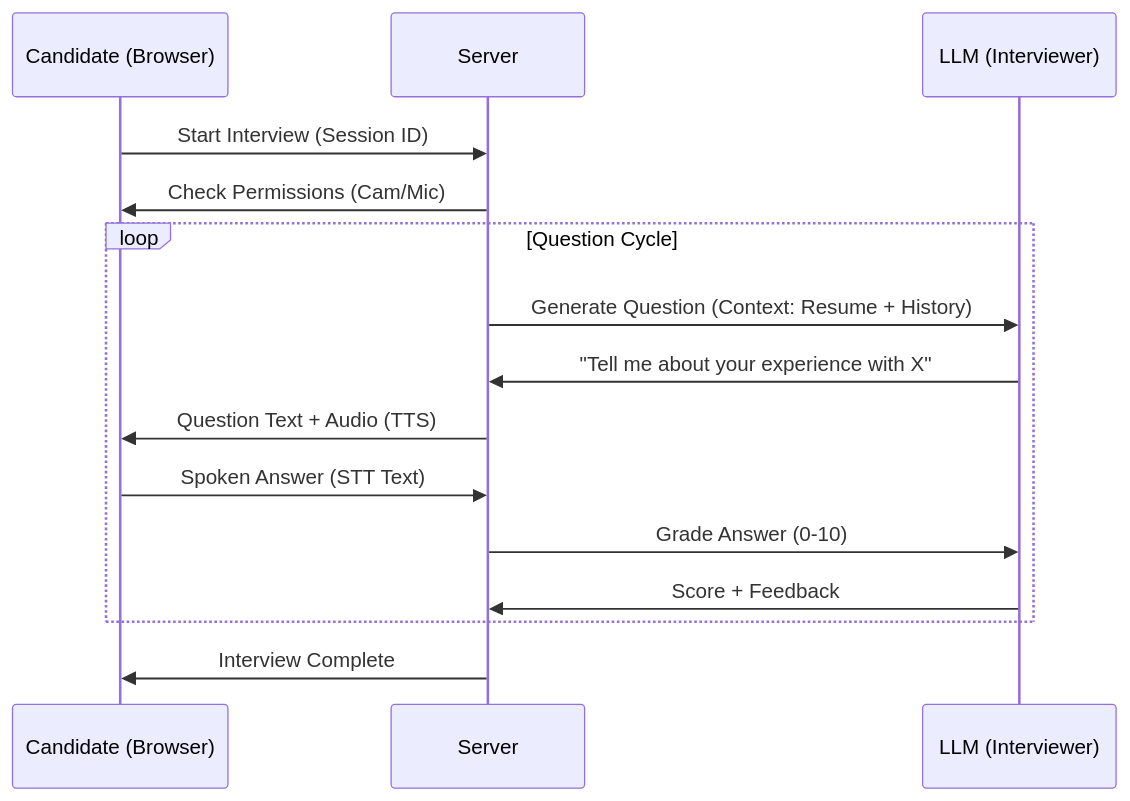
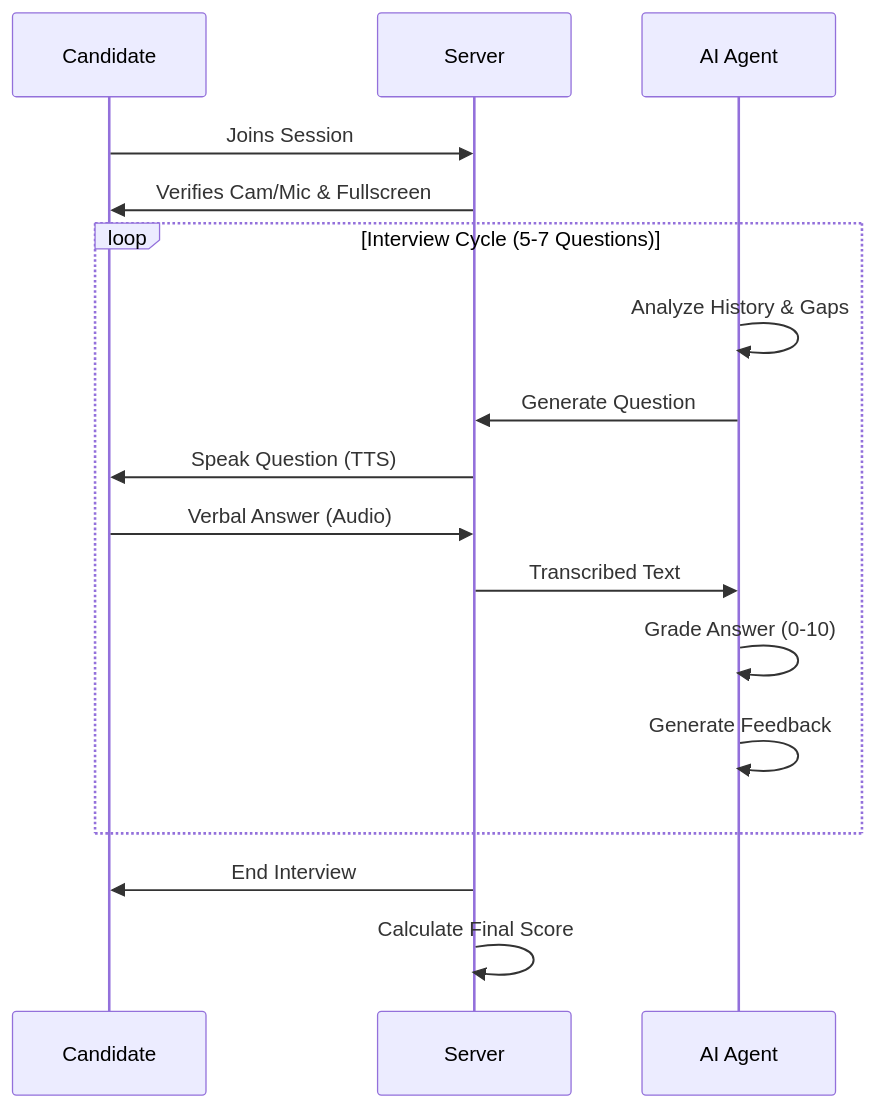
One commit to ShresthSingh01/resume-matcher-main changed the first of 4 diagrams in PROJECT_DOCUMENTATION.md. Above: the diagram before and after it, drawn with Mermaid. The commit also changed other lines of this file and 32 other files, not shown here.

````diff
--- a/PROJECT_DOCUMENTATION.md
+++ b/PROJECT_DOCUMENTATION.md
@@ -169,20 +118,22 @@
 ```mermaid
 sequenceDiagram
-    participant C as Candidate (Browser)
+    participant C as Candidate
     participant S as Server
-    participant AI as LLM (Interviewer)
+    participant AI as AI Agent
     
-    C->>S: Start Interview (Session ID)
-    S->>C: Check Permissions (Cam/Mic)
+    C->>S: Joins Session
+    S->>C: Verifies Cam/Mic & Fullscreen
     
-    loop Question Cycle
-        S->>AI: Generate Question (Context: Resume + History)
-        AI->>S: "Tell me about your experience with X"
-        S->>C: Question Text + Audio (TTS)
-        C->>S: Spoken Answer (STT Text)
-        S->>AI: Grade Answer (0-10)
-        AI->>S: Score + Feedback
+    loop Interview Cycle (5-7 Questions)
+        AI->>AI: Analyze History & Gaps
+        AI->>S: Generate Question
+        S->>C: Speak Question (TTS)
+        C->>S: Verbal Answer (Audio)
+        S->>AI: Transcribed Text
+        AI->>AI: Grade Answer (0-10)
+        AI->>AI: Generate Feedback
     end
     
-    S->>C: Interview Complete
+    S->>C: End Interview
+    S->>S: Calculate Final Score
 ```
````
